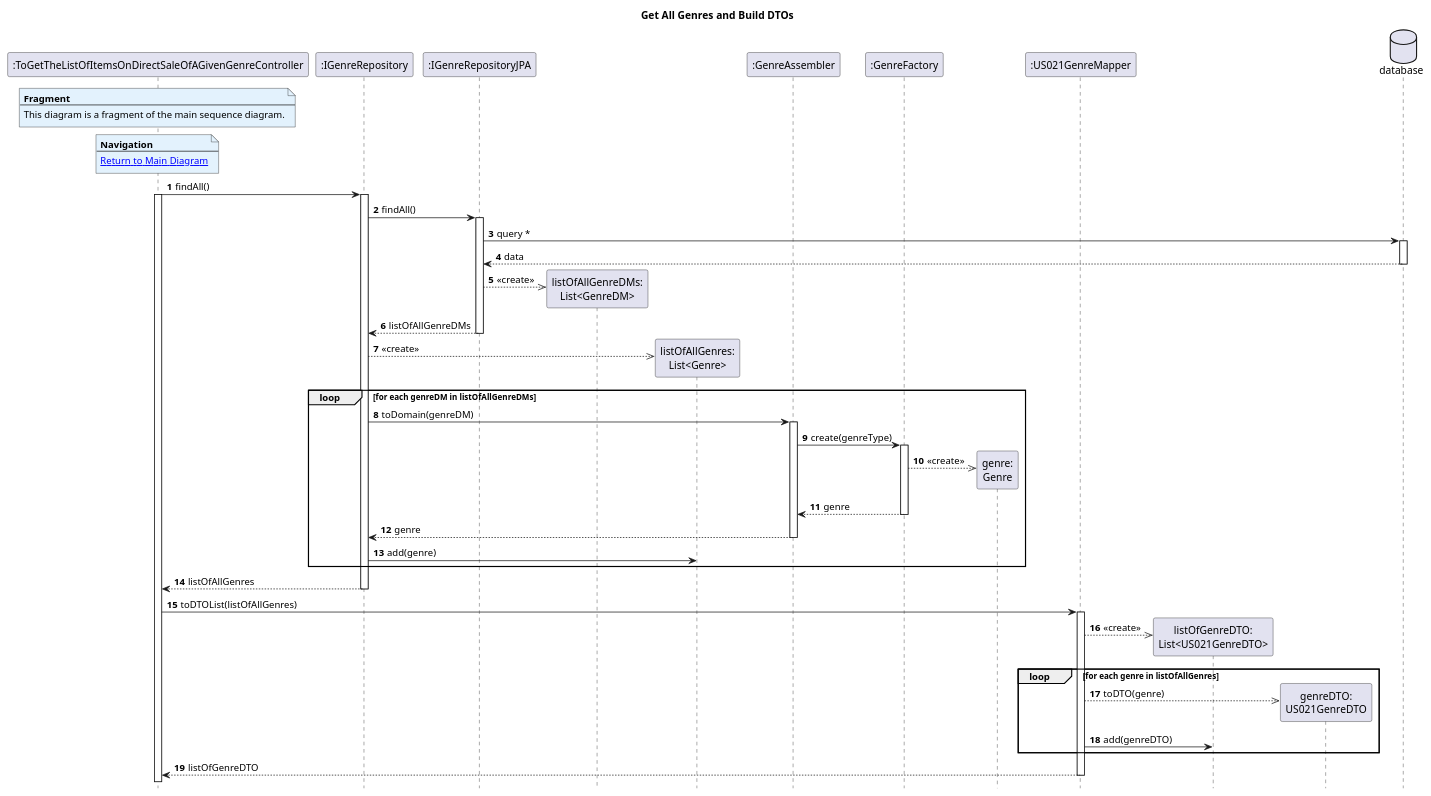
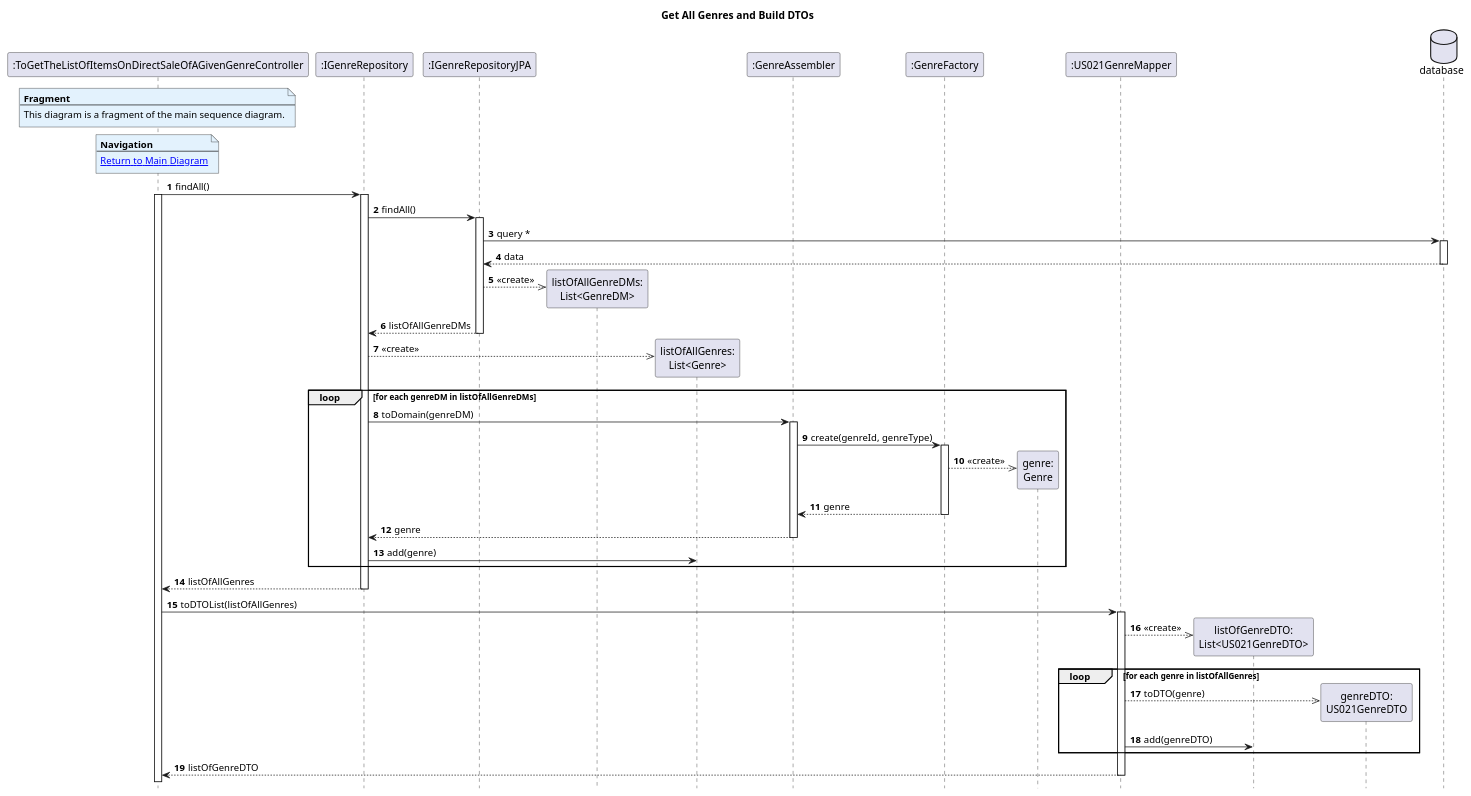
One commit to AndrePereiraGitH/SWitCH-Project-Team_A changed the diagram in Diagrams/SequenceDiagrams/N2/To-get-the-list-of-items-on-direct-sale-of-a-given-genre/2.GetAllGenres.puml. Above: the diagram before and after it, drawn with PlantUML. The commit also changed 2 other files, not shown here.

Commit message:
fix #784: feature To-get-the-list-of-items-on-ds-of-a-given-genre - minor corrections on CD and SD according to peers review

```diff
--- a/Diagrams/SequenceDiagrams/N2/To-get-the-list-of-items-on-direct-sale-of-a-given-genre/2.GetAllGenres.puml
+++ b/Diagrams/SequenceDiagrams/N2/To-get-the-list-of-items-on-direct-sale-of-a-given-genre/2.GetAllGenres.puml
@@ -1,75 +1,75 @@
 @startuml
 hide footbox
 autonumber
 title Get All Genres and Build DTOs
 
 participant ":ToGetTheListOfItemsOnDirectSaleOfAGivenGenreController" as Ctrl
 
 ' Genre
 participant ":IGenreRepository" as IGenreRepo
 participant ":IGenreRepositoryJPA" as IGenreRepoJPA
 participant "listOfAllGenreDMs:\nList<GenreDM>" as listGenreDMs
 participant "listOfAllGenres:\nList<Genre>" as listOfAllGenres
 participant ":GenreAssembler" as GenreAss
 participant ":GenreFactory" as GenreFact
 participant "genre:\nGenre" as Genre
 participant ":US021GenreMapper" as GenreMapper
 participant "listOfGenreDTO:\nList<US021GenreDTO>" as LGDTO
 participant "genreDTO:\nUS021GenreDTO" as GenreDTO
 
 database "database" as DB
 
 note over Ctrl #E3F2FD
 <b>Fragment</b>
 ---
 This diagram is a fragment of the main sequence diagram.
 end note
 
 note over Ctrl #E3F2FD
 <b>Navigation</b>
 ---
 [[1.MainDiagram.puml Return to Main Diagram]]
 end note
 
 ' Section 1 - Get all genres
 Ctrl -> IGenreRepo : findAll()
 activate Ctrl
 activate IGenreRepo
 IGenreRepo -> IGenreRepoJPA: findAll()
 activate IGenreRepoJPA
 IGenreRepoJPA -> DB: query *
 activate DB
 DB --> IGenreRepoJPA: data
 deactivate DB
 IGenreRepoJPA -->> listGenreDMs **: «create»
 IGenreRepoJPA --> IGenreRepo: listOfAllGenreDMs
 deactivate IGenreRepoJPA
 IGenreRepo -->> listOfAllGenres ** : «create»
 loop for each genreDM in listOfAllGenreDMs
     IGenreRepo -> GenreAss: toDomain(genreDM)
     activate GenreAss
-    GenreAss -> GenreFact: create(genreType)
+    GenreAss -> GenreFact: create(genreId, genreType)
     activate GenreFact
     GenreFact -->> Genre **: «create»
     GenreFact --> GenreAss: genre
     deactivate GenreFact
     GenreAss --> IGenreRepo: genre
     deactivate GenreAss
     IGenreRepo -> listOfAllGenres: add(genre)
 end
 
 IGenreRepo --> Ctrl : listOfAllGenres
 deactivate IGenreRepo
 
 Ctrl -> GenreMapper : toDTOList(listOfAllGenres)
 activate GenreMapper
 GenreMapper -->> LGDTO ** : «create»
 loop for each genre in listOfAllGenres
     GenreMapper -->> GenreDTO ** : toDTO(genre)
     GenreMapper -> LGDTO : add(genreDTO)
 end
 GenreMapper --> Ctrl : listOfGenreDTO
 deactivate GenreMapper
 
 
 @enduml
```
